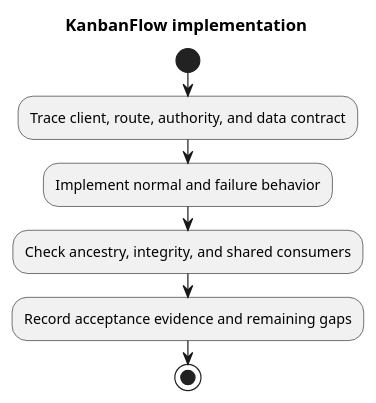
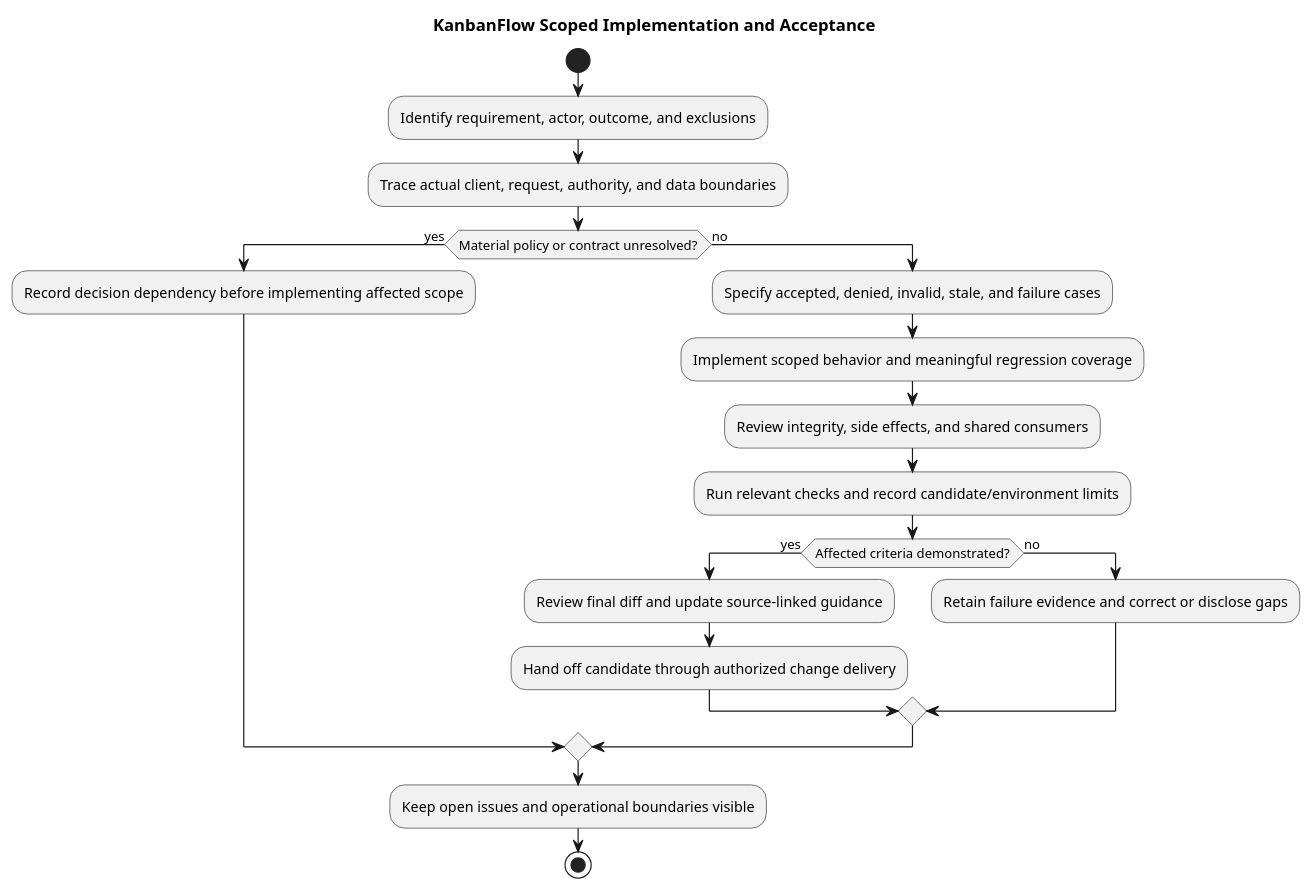
Before and after one commit to Farhad-Valizadegan/Web-KanbanFlow: the diagram in docs/SDLC/05-implementation/implementation.md, drawn with PlantUML. The commit also changed other lines of this file and 2 other files, not shown here.

Commit message:
docs: complete implementation safeguards and acceptance guidance

````diff
--- a/docs/SDLC/05-implementation/implementation.md
+++ b/docs/SDLC/05-implementation/implementation.md
@@ -37,11 +106,24 @@
 ```plantuml
 @startuml
-title KanbanFlow implementation
+title KanbanFlow Scoped Implementation and Acceptance
 start
-:Trace client, route, authority, and data contract;
-:Implement normal and failure behavior;
-:Check ancestry, integrity, and shared consumers;
-:Record acceptance evidence and remaining gaps;
+:Identify requirement, actor, outcome, and exclusions;
+:Trace actual client, request, authority, and data boundaries;
+if (Material policy or contract unresolved?) then (yes)
+ :Record decision dependency before implementing affected scope;
+else (no)
+ :Specify accepted, denied, invalid, stale, and failure cases;
+ :Implement scoped behavior and meaningful regression coverage;
+ :Review integrity, side effects, and shared consumers;
+ :Run relevant checks and record candidate/environment limits;
+ if (Affected criteria demonstrated?) then (yes)
+  :Review final diff and update source-linked guidance;
+  :Hand off candidate through authorized change delivery;
+ else (no)
+  :Retain failure evidence and correct or disclose gaps;
+ endif
+endif
+:Keep open issues and operational boundaries visible;
 stop
 @enduml
 ```
````
